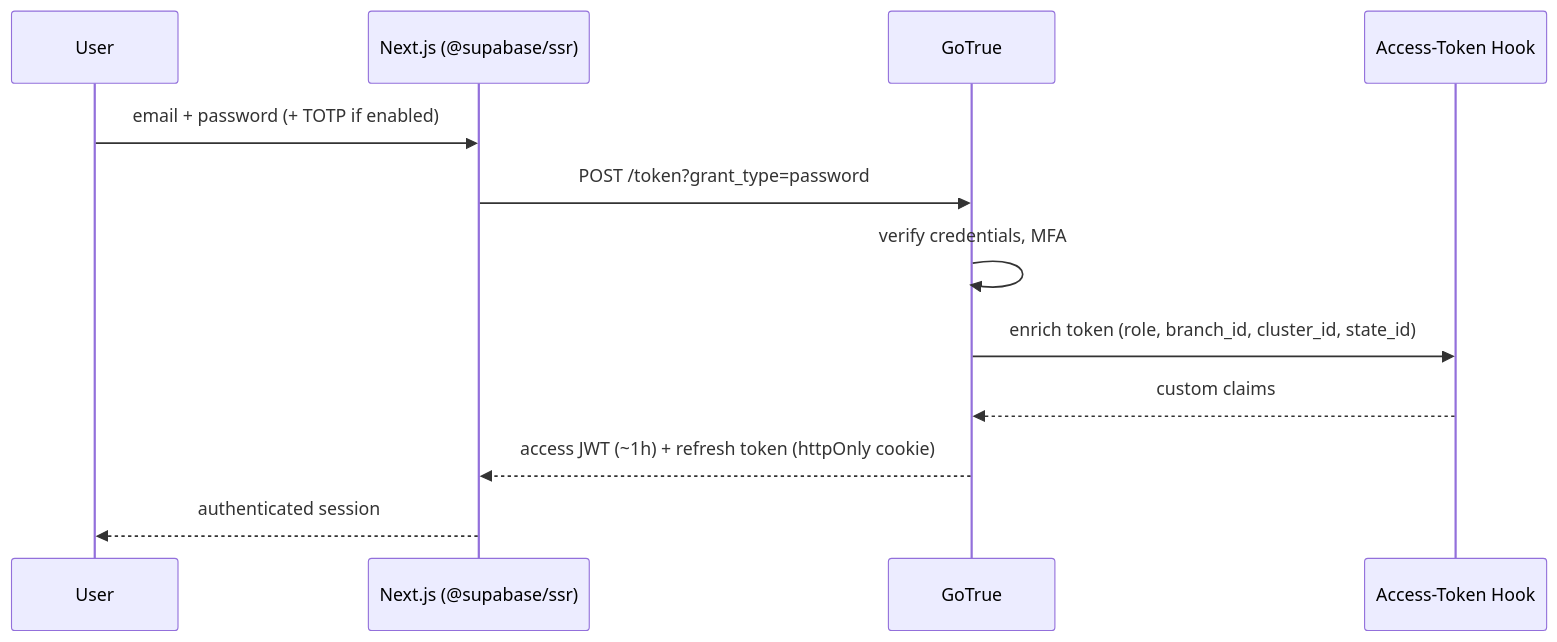
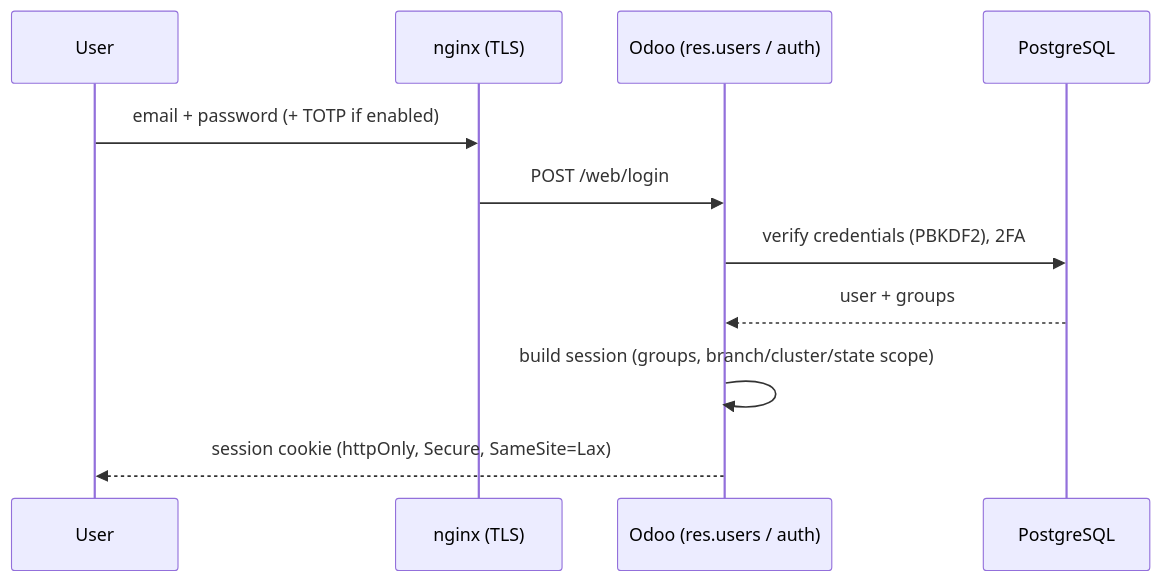
One commit to arunideen/branch-cash-management-system-odoo changed the first of 2 diagrams in docs/SecurityArchitecture.md. Above: the diagram before and after it, drawn with Mermaid. The commit also changed other lines of this file and 53 other files, not shown here.

````diff
--- a/docs/SecurityArchitecture.md
+++ b/docs/SecurityArchitecture.md
@@ -34,14 +35,13 @@
 ```mermaid
 sequenceDiagram
     participant U as User
-    participant FE as Next.js (@supabase/ssr)
-    participant GT as GoTrue
-    participant HK as Access-Token Hook
-    U->>FE: email + password (+ TOTP if enabled)
-    FE->>GT: POST /token?grant_type=password
-    GT->>GT: verify credentials, MFA
-    GT->>HK: enrich token (role, branch_id, cluster_id, state_id)
-    HK-->>GT: custom claims
-    GT-->>FE: access JWT (~1h) + refresh token (httpOnly cookie)
-    FE-->>U: authenticated session
+    participant NG as nginx (TLS)
+    participant OD as Odoo (res.users / auth)
+    participant DB as PostgreSQL
+    U->>NG: email + password (+ TOTP if enabled)
+    NG->>OD: POST /web/login
+    OD->>DB: verify credentials (PBKDF2), 2FA
+    DB-->>OD: user + groups
+    OD->>OD: build session (groups, branch/cluster/state scope)
+    OD-->>U: session cookie (httpOnly, Secure, SameSite=Lax)
 ```
````
